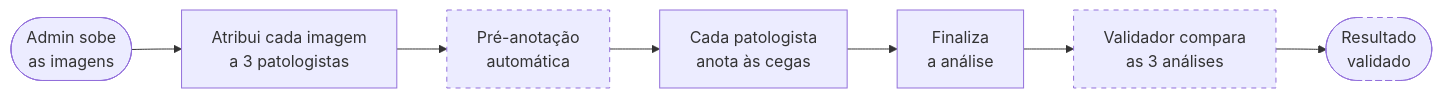
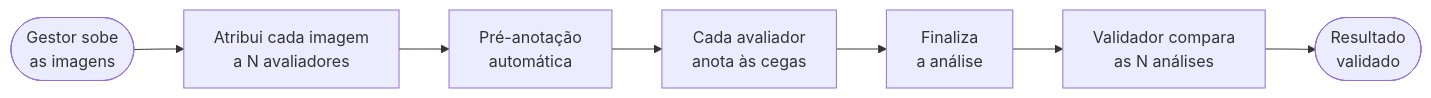
The diagram in README.md (Matheus-Lordron/ki67), drawn with Mermaid before and after one commit. The commit also changed other lines of this file and 6 other files, not shown here.

````diff
--- a/README.md
+++ b/README.md
@@ -35,11 +36,9 @@
 ```mermaid
 flowchart LR
-    A(["Admin sobe<br/>as imagens"]) --> B["Atribui cada imagem<br/>a 3 patologistas"]
+    A(["Gestor sobe<br/>as imagens"]) --> B["Atribui cada imagem<br/>a N avaliadores"]
     B --> P["Pré-anotação<br/>automática"]
-    P --> C["Cada patologista<br/>anota às cegas"]
+    P --> C["Cada avaliador<br/>anota às cegas"]
     C --> D["Finaliza<br/>a análise"]
-    D --> E["Validador compara<br/>as 3 análises"]
+    D --> E["Validador compara<br/>as N análises"]
     E --> F(["Resultado<br/>validado"])
-    classDef fase2 stroke-dasharray: 5 5
-    class P,E,F fase2
 ```
````
